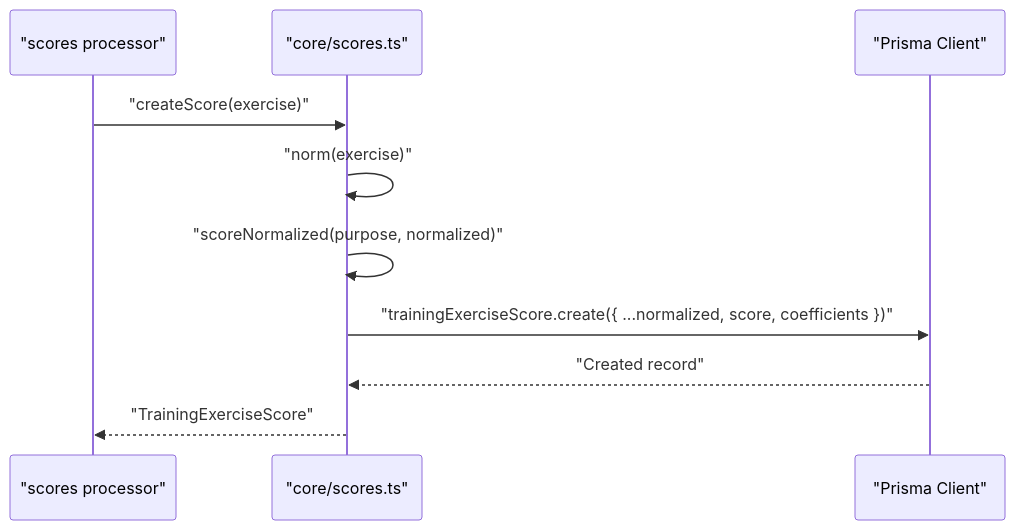
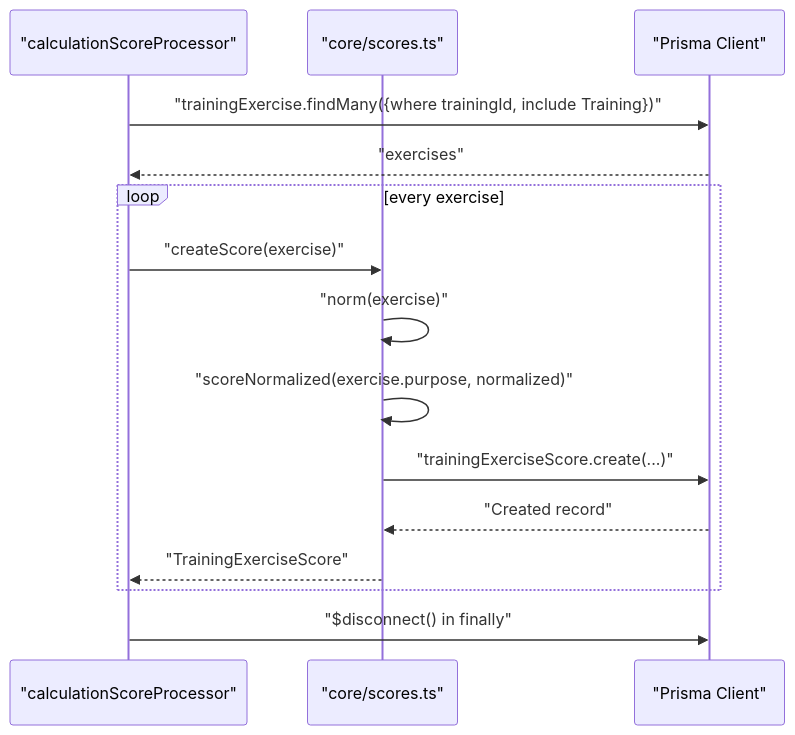
Before and after one commit to Dezzpil/meingym: the sixth of 11 diagrams in .qoder/repowiki/en/content/Core Business Logic/Scoring and Analytics.md, drawn with Mermaid. The commit also changed other lines of this file and 12 other files, not shown here.

````diff
--- a/.qoder/repowiki/en/content/Core Business Logic/Scoring and Analytics.md
+++ b/.qoder/repowiki/en/content/Core Business Logic/Scoring and Analytics.md
@@ -195,12 +250,17 @@
 ```mermaid
 sequenceDiagram
-participant Proc as "scores processor"
+participant Proc as "calculationScoreProcessor"
 participant Core as "core/scores.ts"
 participant DB as "Prisma Client"
+Proc->>DB : "trainingExercise.findMany({where trainingId, include Training})"
+DB-->>Proc : "exercises"
+loop every exercise
 Proc->>Core : "createScore(exercise)"
 Core->>Core : "norm(exercise)"
-Core->>Core : "scoreNormalized(purpose, normalized)"
-Core->>DB : "trainingExerciseScore.create({ ...normalized, score, coefficients })"
+Core->>Core : "scoreNormalized(exercise.purpose, normalized)"
+Core->>DB : "trainingExerciseScore.create(...)"
 DB-->>Core : "Created record"
 Core-->>Proc : "TrainingExerciseScore"
+end
+Proc->>DB : "$disconnect() in finally"
 ```
````
